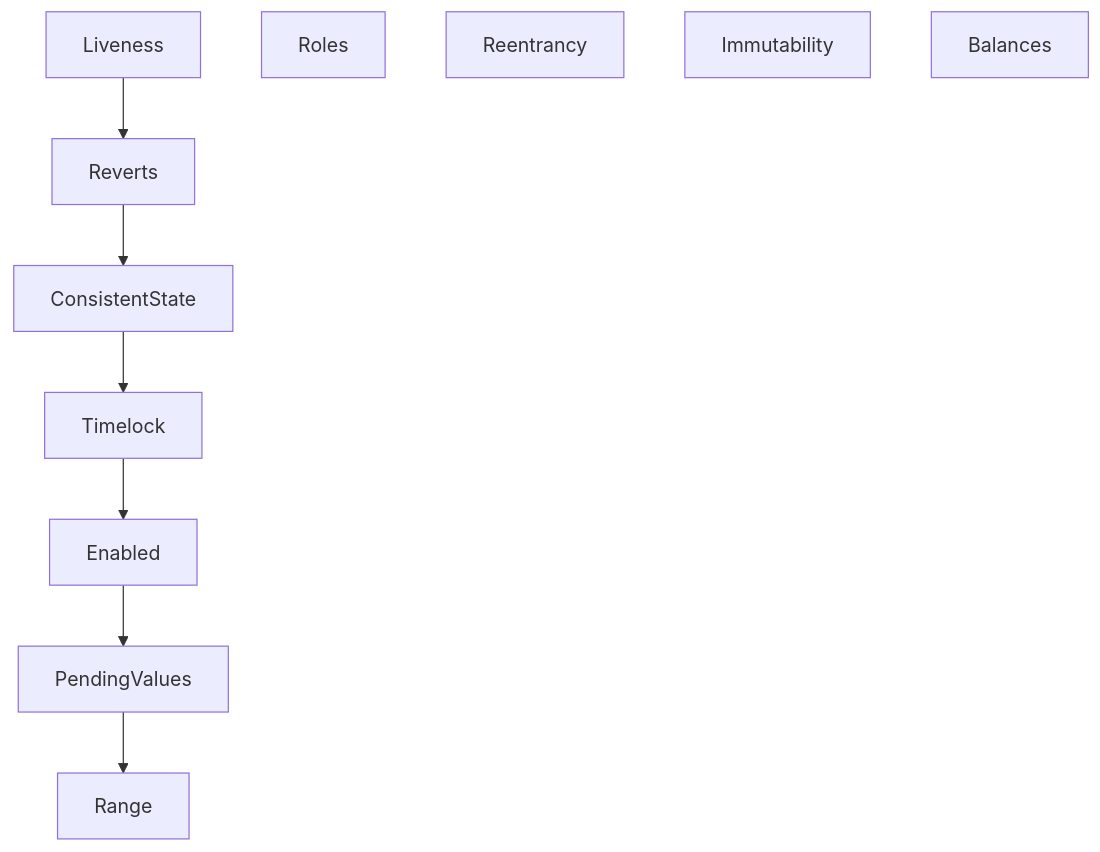
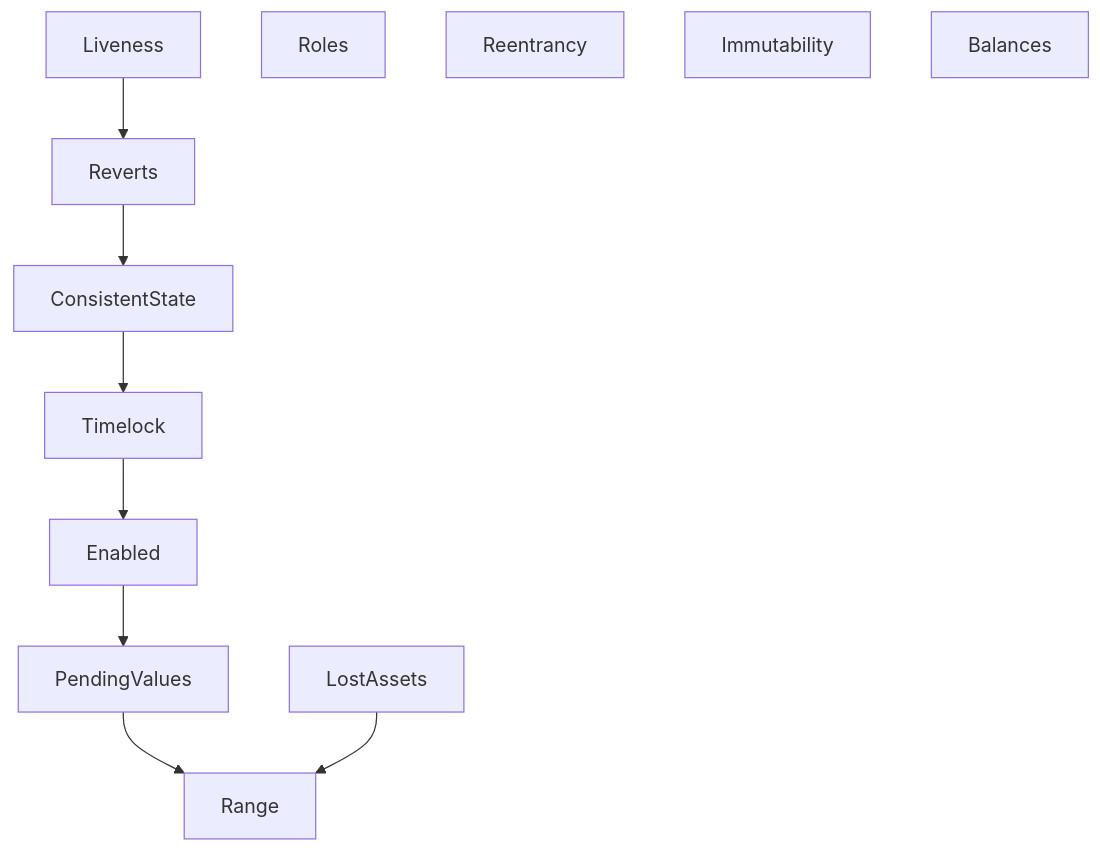
One commit to Certora/euler-earn-fork changed the diagram in certora/README.md. Above: the diagram before and after it, drawn with Mermaid. The commit also changed 5 other files, not shown here.

````diff
--- a/certora/README.md
+++ b/certora/README.md
@@ -46,13 +46,14 @@
 ```mermaid
 graph
 Liveness --> Reverts
 Reverts --> ConsistentState
 ConsistentState --> Timelock
 Timelock --> Enabled
 Enabled --> PendingValues
 PendingValues --> Range
 Roles
 Reentrancy
 Immutability
 Balances
+LostAssets --> Range
 ```
````
